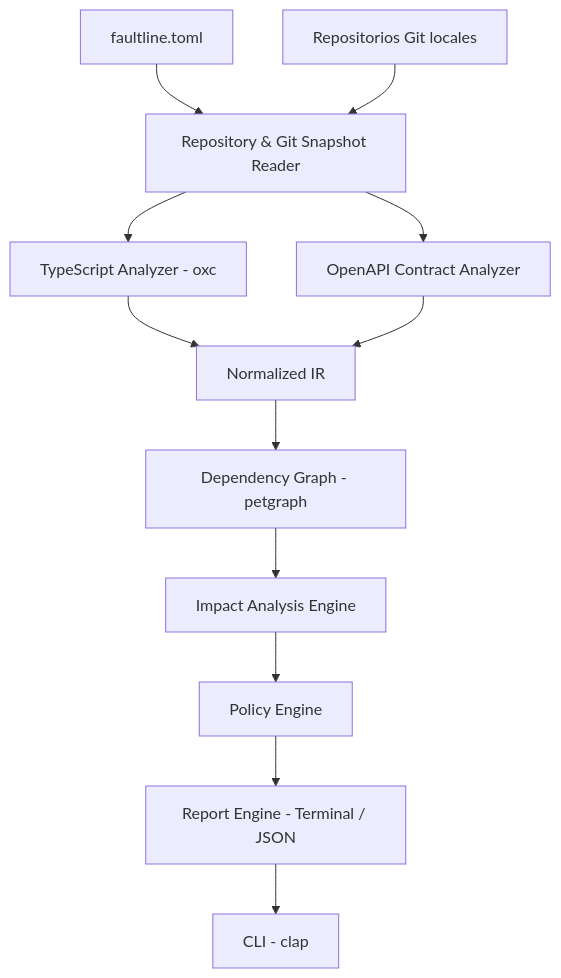
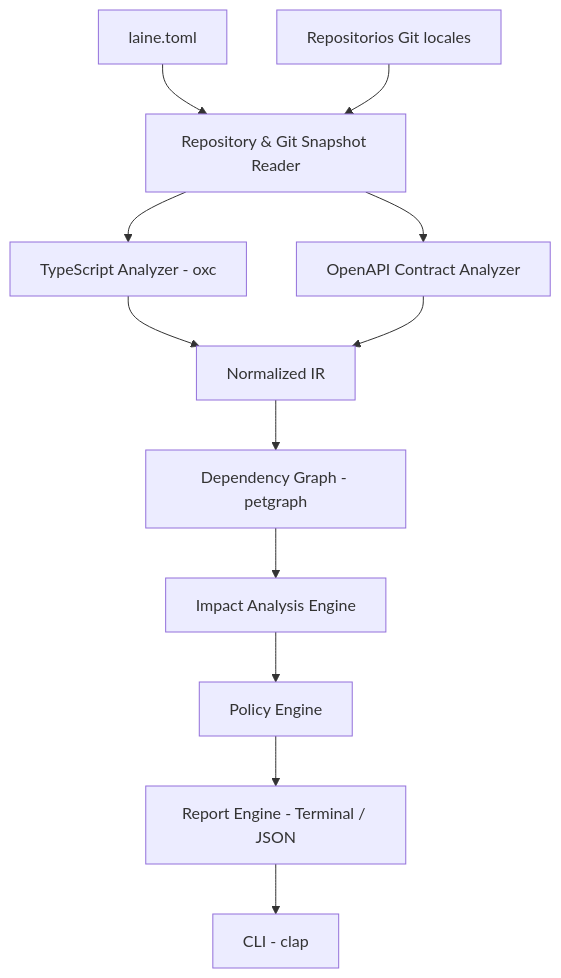
Before and after one commit to Klowsx/impact-analizer: the diagram in PLAN.md, drawn with Mermaid. The commit also changed other lines of this file and 17 other files, not shown here.

````diff
--- a/PLAN.md
+++ b/PLAN.md
@@ -108,14 +108,14 @@
 ```mermaid
 flowchart TD
-    CFG[faultline.toml] --> IDX[Repository & Git Snapshot Reader]
+    CFG[laine.toml] --> IDX[Repository & Git Snapshot Reader]
     GIT[Repositorios Git locales] --> IDX
     IDX --> TS[TypeScript Analyzer - oxc]
     IDX --> OAS[OpenAPI Contract Analyzer]
     TS --> IR[Normalized IR]
     OAS --> IR
     IR --> GRAPH[Dependency Graph - petgraph]
     GRAPH --> IMPACT[Impact Analysis Engine]
     IMPACT --> POLICY[Policy Engine]
     POLICY --> REPORT[Report Engine - Terminal / JSON]
     REPORT --> CLI[CLI - clap]
 ```
````
